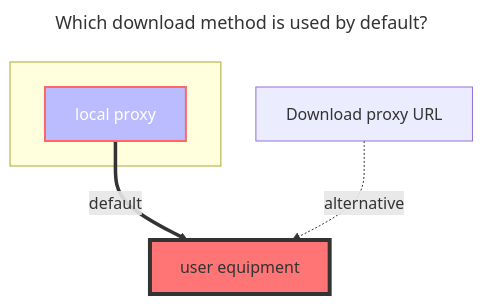
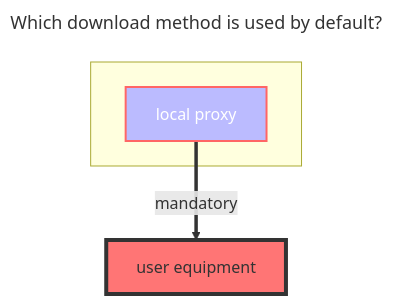
One commit to alist-org/docs changed the diagram in docs/guide/drivers/quark.md. Above: the diagram before and after it, drawn with Mermaid. The commit also changed other lines of this file and 122 other files, not shown here.

````diff
--- a/docs/guide/drivers/quark.md
+++ b/docs/guide/drivers/quark.md
@@ -39,16 +39,14 @@
 ```mermaid
 ---
 title: Which download method is used by default?
 ---
 flowchart TB
     style c1 fill:#bbf,stroke:#f66,stroke-width:2px,color:#fff
     style a2 fill:#ff7575,stroke:#333,stroke-width:4px
     subgraph ide1 [ ]
     c1
     end
-    c1[local proxy]:::someclass==default==>a2[user equipment]
+    c1[local proxy]:::someclass==mandatory==>a2[user equipment]
     classDef someclass fill:#f96
-    b1[Download proxy URL]-.alternative.->a2[user equipment]
     click b1 "../drivers/common.html#webdav-policy"
-    click c1 "../drivers/common.html#webdav-policy"
 ```
````
